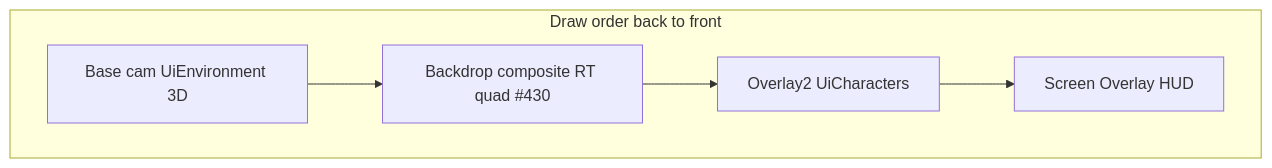
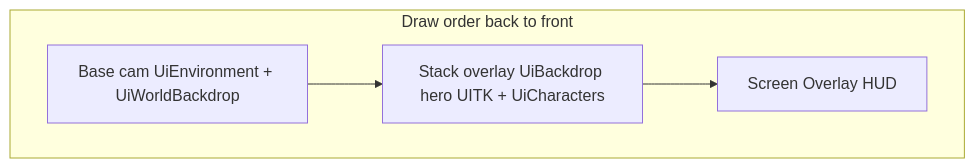
Before and after one commit to miramocha/griddungeon-design-docs: the diagram in docs/04-dev/ui-camera-stack.md, drawn with Mermaid. The commit also changed other lines of this file and 4 other files, not shown here.

First line of the commit message:
docs: post-ship ADR 049 world-space hero backdrop (#430/#431)

````diff
--- a/docs/04-dev/ui-camera-stack.md
+++ b/docs/04-dev/ui-camera-stack.md
@@ -69,10 +73,9 @@
 ```mermaid
 flowchart TB
   subgraph passes [Draw order back to front]
-    Base[Base cam UiEnvironment 3D]
-    Backdrop[Backdrop composite RT quad #430]
-    O2[Overlay2 UiCharacters]
+    Base[Base cam UiEnvironment + UiWorldBackdrop]
+    Overlay[Stack overlay UiBackdrop hero UITK + UiCharacters]
     HUD[Screen Overlay HUD]
   end
-  Base --> Backdrop --> O2 --> HUD
+  Base --> Overlay --> HUD
 ```
````
